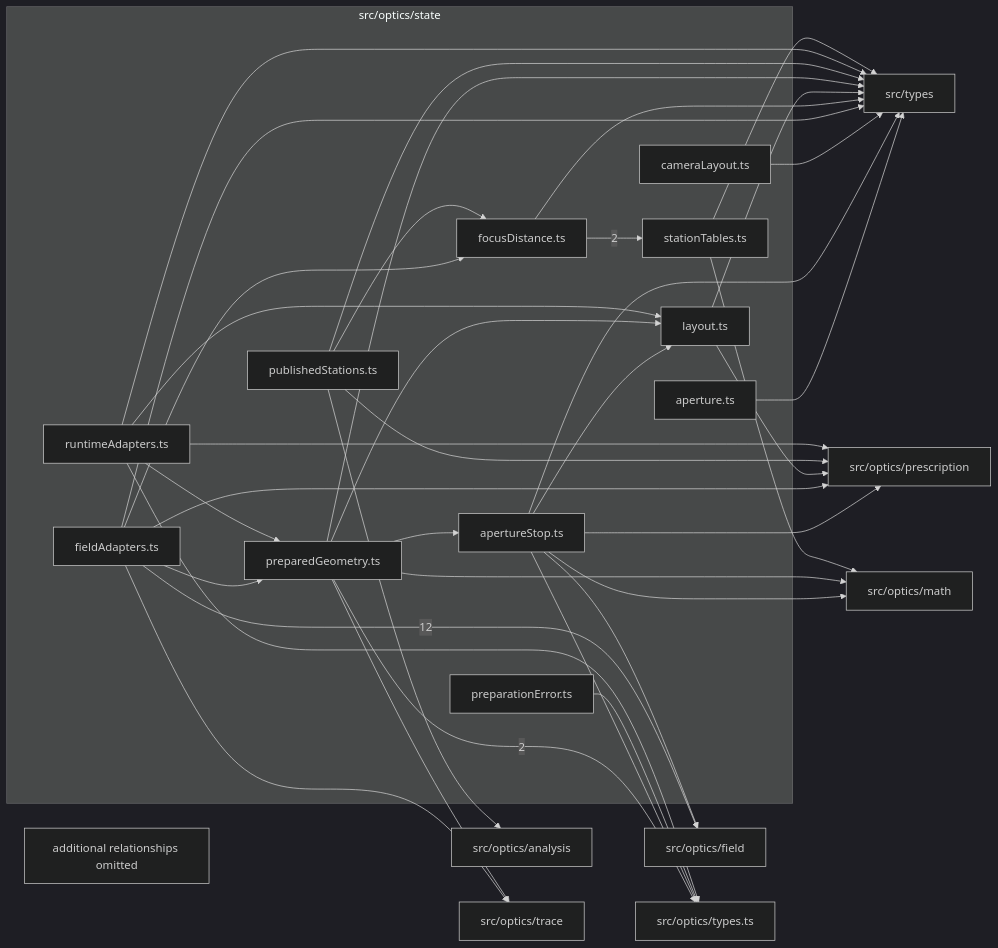
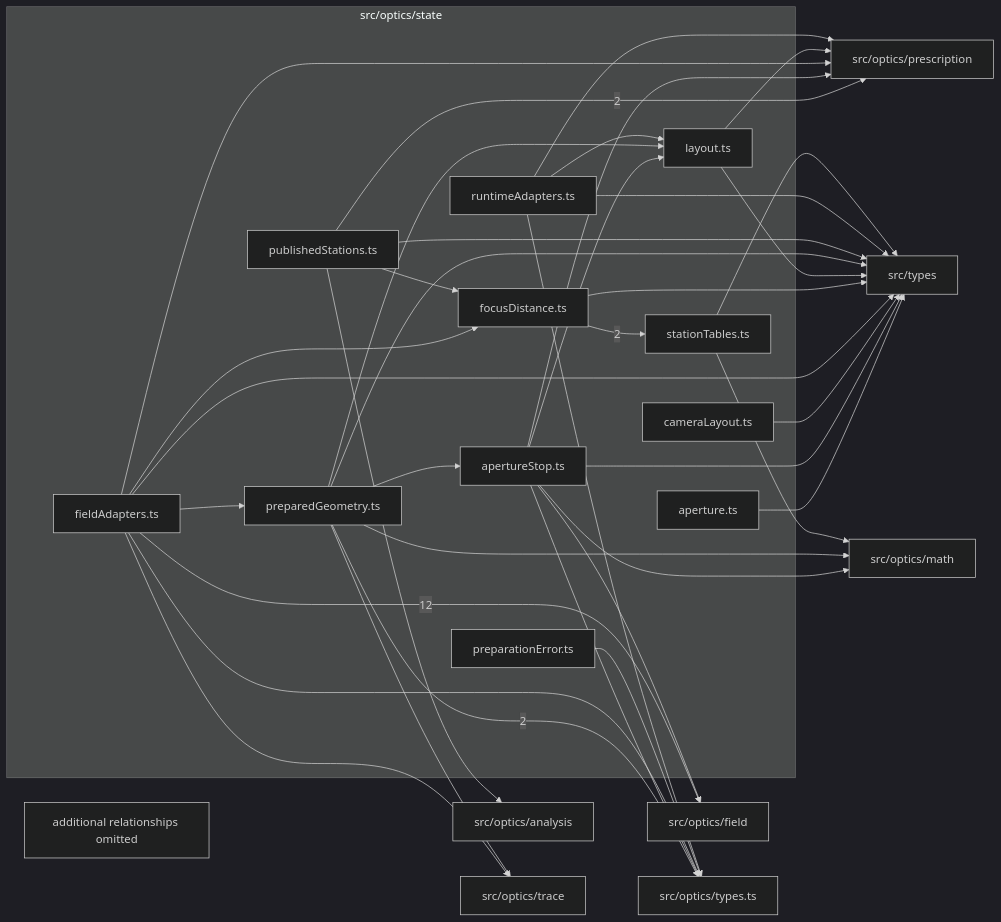
One commit to ronbuening/LensVisualizer changed the diagram in src/optics/state/readme.md. Above: the diagram before and after it, drawn with Mermaid (dark theme). The commit also changed other lines of this file and 299 other files, not shown here.

````diff
--- a/src/optics/state/readme.md
+++ b/src/optics/state/readme.md
@@ -9,60 +9,60 @@
 ```mermaid
 flowchart LR
   subgraph n_src_optics_state["src/optics/state"]
     n_src_optics_state_src_optics_state_aperture_ts["aperture.ts"]
     n_src_optics_state_src_optics_state_apertureStop_ts["apertureStop.ts"]
     n_src_optics_state_src_optics_state_cameraLayout_ts["cameraLayout.ts"]
     n_src_optics_state_src_optics_state_fieldAdapters_ts["fieldAdapters.ts"]
     n_src_optics_state_src_optics_state_focusDistance_ts["focusDistance.ts"]
     n_src_optics_state_src_optics_state_layout_ts["layout.ts"]
     n_src_optics_state_src_optics_state_preparationError_ts["preparationError.ts"]
     n_src_optics_state_src_optics_state_preparedGeometry_ts["preparedGeometry.ts"]
     n_src_optics_state_src_optics_state_publishedStations_ts["publishedStations.ts"]
     n_src_optics_state_src_optics_state_runtimeAdapters_ts["runtimeAdapters.ts"]
     n_src_optics_state_src_optics_state_stationTables_ts["stationTables.ts"]
   end
   n_external_src_optics_field["src/optics/field"]
+  n_external_src_optics_prescription["src/optics/prescription"]
   n_external_src_optics_types_ts["src/optics/types.ts"]
   n_external_src_optics_analysis["src/optics/analysis"]
   n_external_src_optics_math["src/optics/math"]
-  n_external_src_optics_prescription["src/optics/prescription"]
   n_external_src_optics_trace["src/optics/trace"]
   n_external_src_types["src/types"]
   n_src_optics_state_src_optics_state_fieldAdapters_ts --> |12| n_external_src_optics_field
+  n_src_optics_state_src_optics_state_publishedStations_ts --> |2| n_external_src_optics_prescription
   n_src_optics_state_src_optics_state_preparedGeometry_ts --> |2| n_external_src_optics_types_ts
   n_src_optics_state_src_optics_state_focusDistance_ts --> |2| n_src_optics_state_src_optics_state_stationTables_ts
   n_src_optics_state_src_optics_state_publishedStations_ts --> n_external_src_optics_analysis
   n_src_optics_state_src_optics_state_apertureStop_ts --> n_external_src_optics_field
   n_src_optics_state_src_optics_state_apertureStop_ts --> n_external_src_optics_math
   n_src_optics_state_src_optics_state_preparedGeometry_ts --> n_external_src_optics_math
   n_src_optics_state_src_optics_state_stationTables_ts --> n_external_src_optics_math
   n_src_optics_state_src_optics_state_apertureStop_ts --> n_external_src_optics_prescription
   n_src_optics_state_src_optics_state_fieldAdapters_ts --> n_external_src_optics_prescription
   n_src_optics_state_src_optics_state_layout_ts --> n_external_src_optics_prescription
-  n_src_optics_state_src_optics_state_publishedStations_ts --> n_external_src_optics_prescription
   n_src_optics_state_src_optics_state_runtimeAdapters_ts --> n_external_src_optics_prescription
   n_src_optics_state_src_optics_state_fieldAdapters_ts --> n_external_src_optics_trace
   n_src_optics_state_src_optics_state_preparedGeometry_ts --> n_external_src_optics_trace
   n_src_optics_state_src_optics_state_apertureStop_ts --> n_external_src_optics_types_ts
+  n_src_optics_state_src_optics_state_fieldAdapters_ts --> n_external_src_optics_types_ts
   n_src_optics_state_src_optics_state_preparationError_ts --> n_external_src_optics_types_ts
   n_src_optics_state_src_optics_state_runtimeAdapters_ts --> n_external_src_optics_types_ts
   n_src_optics_state_src_optics_state_aperture_ts --> n_external_src_types
   n_src_optics_state_src_optics_state_apertureStop_ts --> n_external_src_types
   n_src_optics_state_src_optics_state_cameraLayout_ts --> n_external_src_types
   n_src_optics_state_src_optics_state_fieldAdapters_ts --> n_external_src_types
   n_src_optics_state_src_optics_state_focusDistance_ts --> n_external_src_types
   n_src_optics_state_src_optics_state_layout_ts --> n_external_src_types
   n_src_optics_state_src_optics_state_preparedGeometry_ts --> n_external_src_types
   n_src_optics_state_src_optics_state_publishedStations_ts --> n_external_src_types
   n_src_optics_state_src_optics_state_runtimeAdapters_ts --> n_external_src_types
   n_src_optics_state_src_optics_state_stationTables_ts --> n_external_src_types
   n_src_optics_state_src_optics_state_preparedGeometry_ts --> n_src_optics_state_src_optics_state_apertureStop_ts
   n_src_optics_state_src_optics_state_fieldAdapters_ts --> n_src_optics_state_src_optics_state_focusDistance_ts
   n_src_optics_state_src_optics_state_publishedStations_ts --> n_src_optics_state_src_optics_state_focusDistance_ts
   n_src_optics_state_src_optics_state_apertureStop_ts --> n_src_optics_state_src_optics_state_layout_ts
   n_src_optics_state_src_optics_state_preparedGeometry_ts --> n_src_optics_state_src_optics_state_layout_ts
   n_src_optics_state_src_optics_state_runtimeAdapters_ts --> n_src_optics_state_src_optics_state_layout_ts
   n_src_optics_state_src_optics_state_fieldAdapters_ts --> n_src_optics_state_src_optics_state_preparedGeometry_ts
-  n_src_optics_state_src_optics_state_runtimeAdapters_ts --> n_src_optics_state_src_optics_state_preparedGeometry_ts
   n_src_optics_state_truncated["additional relationships omitted"]
 ```
````
